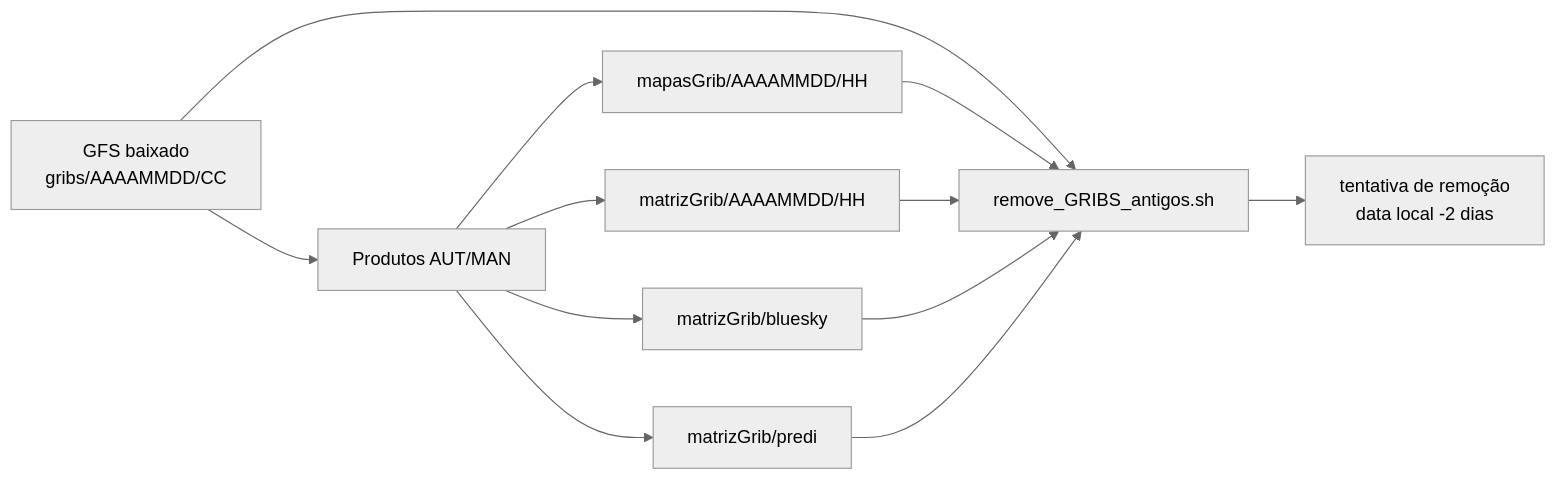
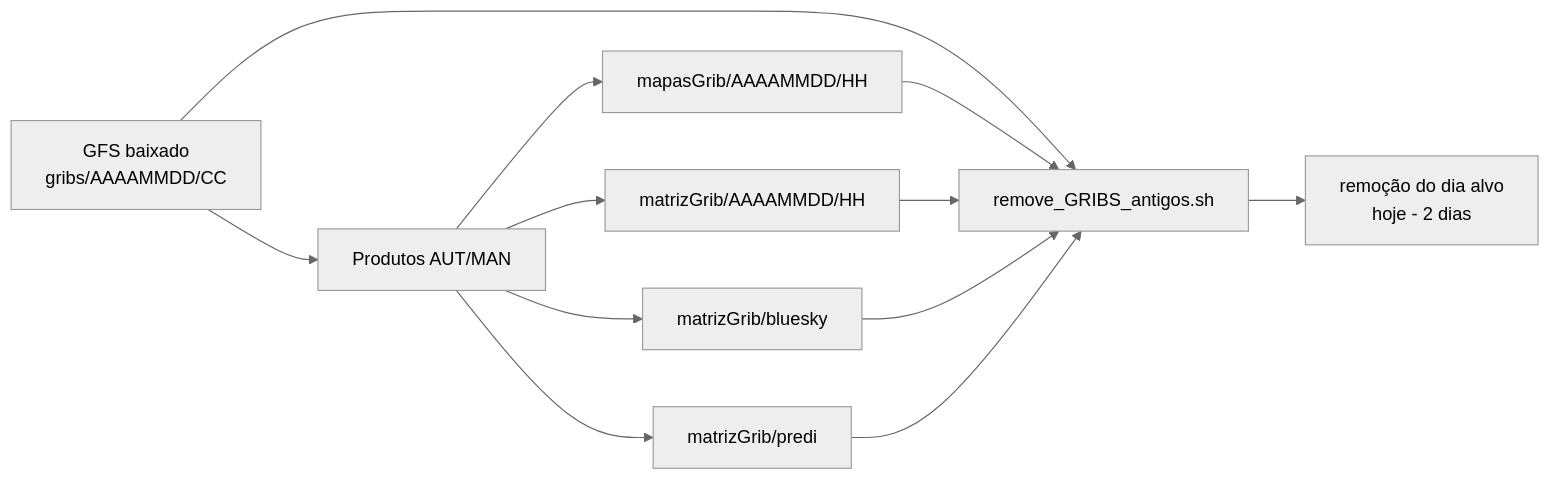
Before and after one commit to paulopimenta6/METamorfose: the seventh of 7 diagrams in docs/02-fluxos.md, drawn with Mermaid (neutral theme). The commit also changed other lines of this file and 25 other files, not shown here.

````diff
--- a/docs/02-fluxos.md
+++ b/docs/02-fluxos.md
@@ -464,14 +488,14 @@
 ```mermaid
 flowchart LR
     A["GFS baixado<br/>gribs/AAAAMMDD/CC"] --> B["Produtos AUT/MAN"]
     B --> C["mapasGrib/AAAAMMDD/HH"]
     B --> D["matrizGrib/AAAAMMDD/HH"]
     B --> E["matrizGrib/bluesky"]
     B --> F["matrizGrib/predi"]
     A --> G["remove_GRIBS_antigos.sh"]
     C --> G
     D --> G
     E --> G
     F --> G
-    G --> H["tentativa de remoção<br/>data local -2 dias"]
+    G --> H["remoção do dia alvo<br/>hoje - 2 dias"]
 ```
````
